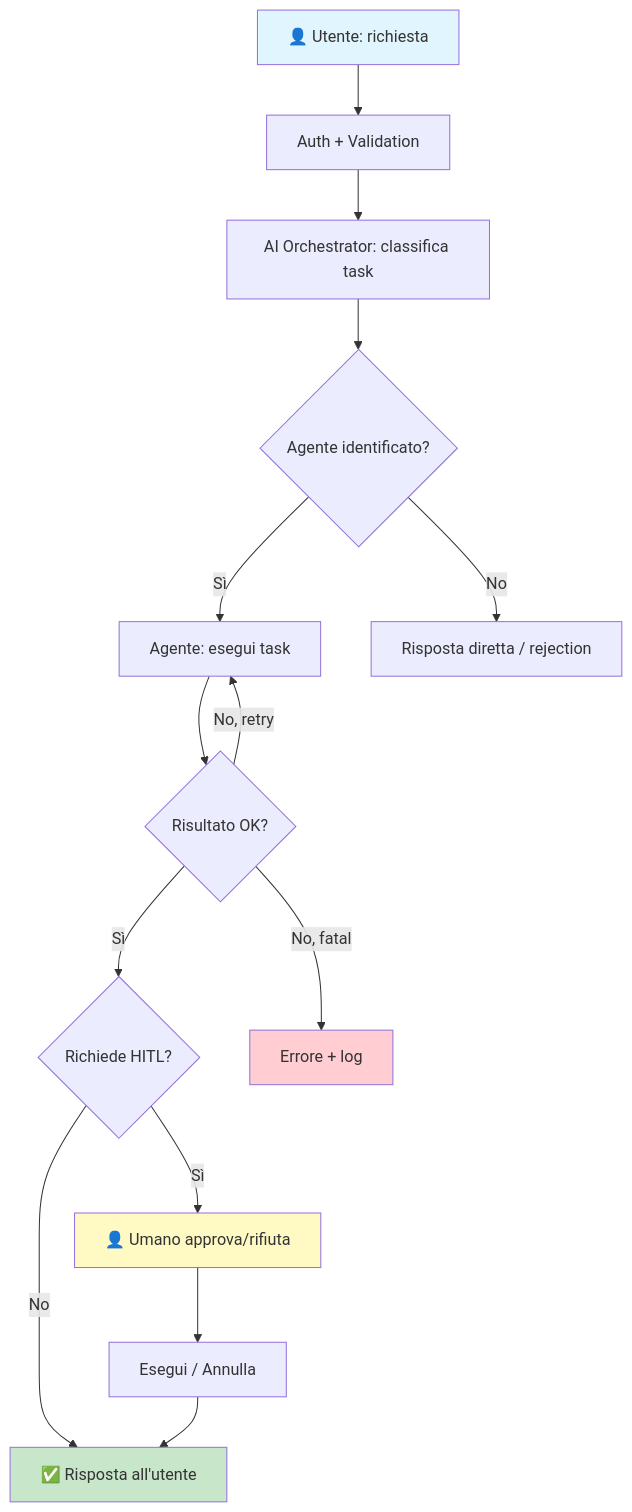
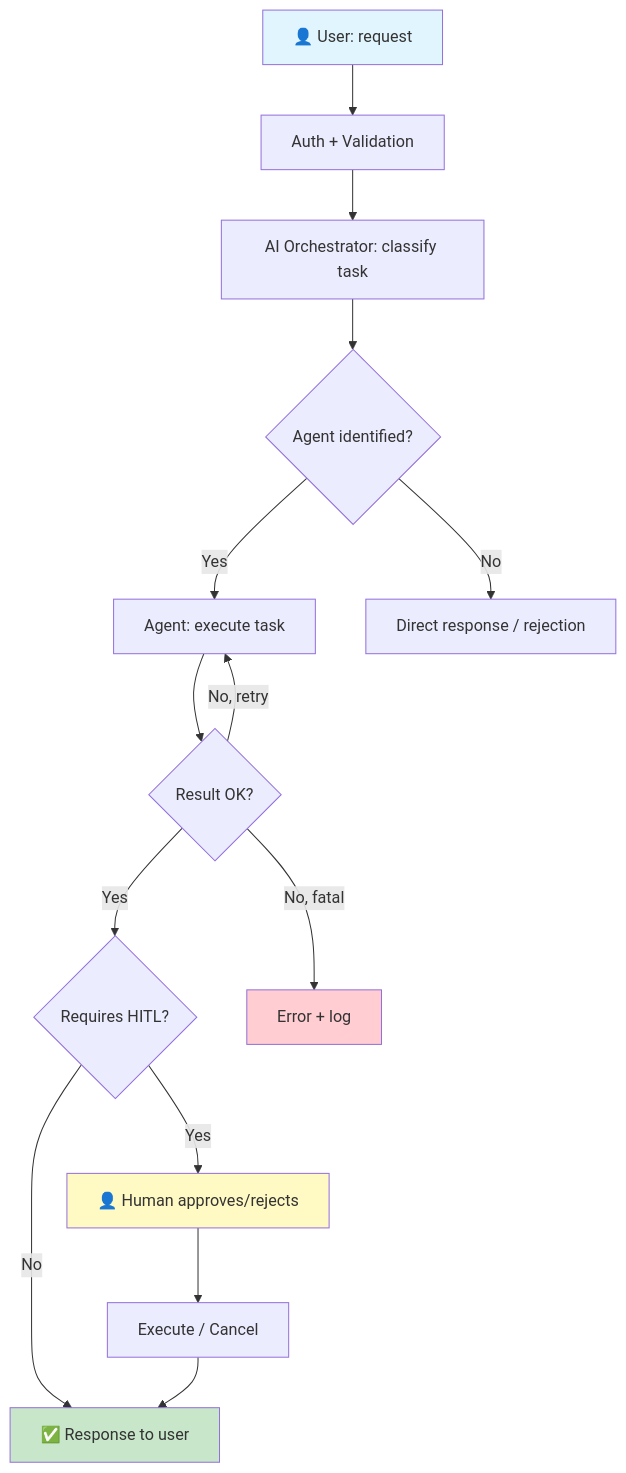
Before and after one commit to GravyaDev/trdex: the first of 2 diagrams in ai-operations-registry/decision-chain.md, drawn with Mermaid. The commit also changed other lines of this file and 10 other files, not shown here.

````diff
--- a/ai-operations-registry/decision-chain.md
+++ b/ai-operations-registry/decision-chain.md
@@ -9,24 +9,24 @@
 ```mermaid
 flowchart TD
-    A["👤 Utente: richiesta"] --> B["Auth + Validation"]
-    B --> C["AI Orchestrator: classifica task"]
+    A["👤 User: request"] --> B["Auth + Validation"]
+    B --> C["AI Orchestrator: classify task"]
     
-    C --> D{"Agente identificato?"}
-    D -- Sì --> E["Agente: esegui task"]
-    D -- No --> F["Risposta diretta / rejection"]
+    C --> D{"Agent identified?"}
+    D -- Yes --> E["Agent: execute task"]
+    D -- No --> F["Direct response / rejection"]
     
-    E --> G{"Risultato OK?"}
-    G -- Sì --> H{"Richiede HITL?"}
+    E --> G{"Result OK?"}
+    G -- Yes --> H{"Requires HITL?"}
     G -- No, retry --> E
-    G -- No, fatal --> I["Errore + log"]
+    G -- No, fatal --> I["Error + log"]
     
-    H -- Sì --> J["👤 Umano approva/rifiuta"]
-    J --> K["Esegui / Annulla"]
-    H -- No --> L["✅ Risposta all'utente"]
+    H -- Yes --> J["👤 Human approves/rejects"]
+    J --> K["Execute / Cancel"]
+    H -- No --> L["✅ Response to user"]
     K --> L
     
     style A fill:#e1f5fe
     style L fill:#c8e6c9
     style I fill:#ffcdd2
     style J fill:#fff9c4
 ```
````
